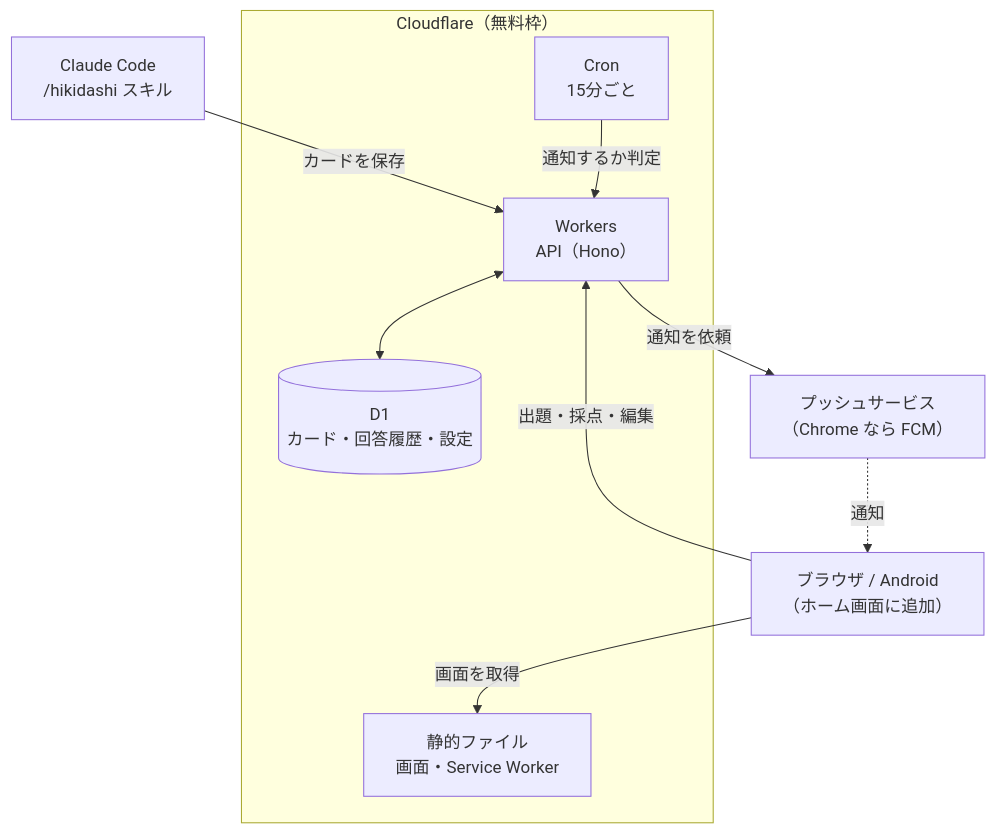
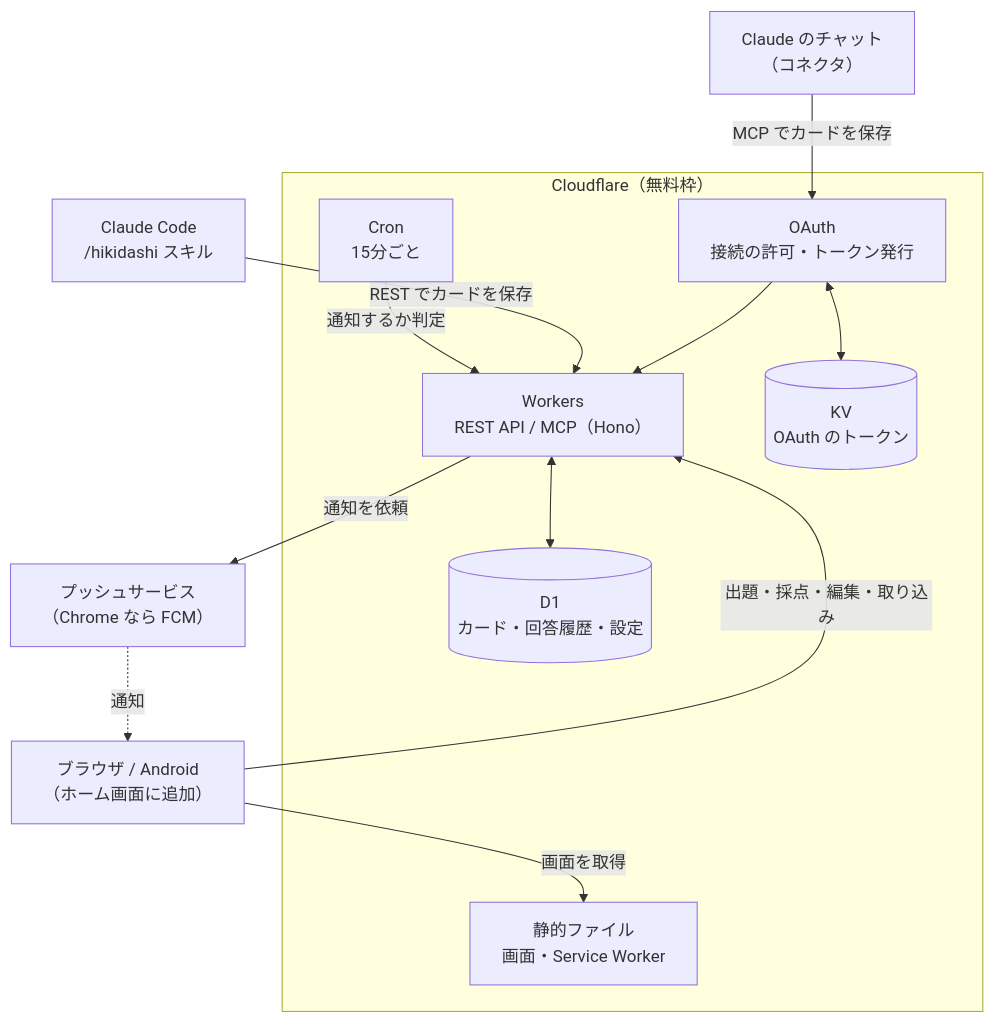
One commit to michael021212/hikidashi changed the first of 5 diagrams in README.md. Above: the diagram before and after it, drawn with Mermaid. The commit also changed other lines of this file and 11 other files, not shown here.

````diff
--- a/README.md
+++ b/README.md
@@ -25,21 +33,27 @@
 ```mermaid
 flowchart TB
+    chat["Claude のチャット<br/>（コネクタ）"]
     cc["Claude Code<br/>/hikidashi スキル"]
     web["ブラウザ / Android<br/>（ホーム画面に追加）"]
     push["プッシュサービス<br/>（Chrome なら FCM）"]
 
     subgraph cf["Cloudflare（無料枠）"]
         assets["静的ファイル<br/>画面・Service Worker"]
-        worker["Workers<br/>API（Hono）"]
+        oauth["OAuth<br/>接続の許可・トークン発行"]
+        worker["Workers<br/>REST API / MCP（Hono）"]
         cron["Cron<br/>15分ごと"]
         db[("D1<br/>カード・回答履歴・設定")]
+        kv[("KV<br/>OAuth のトークン")]
     end
 
-    cc -- "カードを保存" --> worker
+    chat -- "MCP でカードを保存" --> oauth
+    oauth --> worker
+    oauth <--> kv
+    cc -- "REST でカードを保存" --> worker
     web -- "画面を取得" --> assets
-    web -- "出題・採点・編集" --> worker
+    web -- "出題・採点・編集・取り込み" --> worker
     cron -- "通知するか判定" --> worker
     worker <--> db
     worker -- "通知を依頼" --> push
     push -. "通知" .-> web
 ```
````
